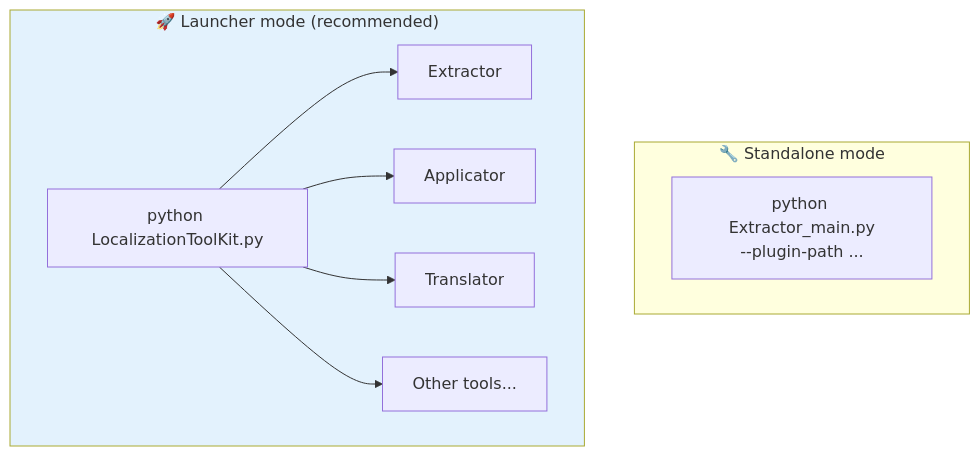
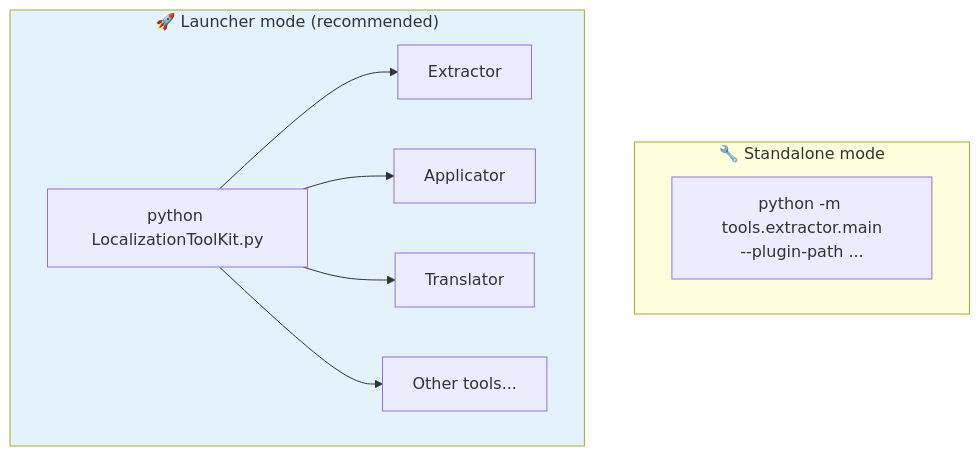
The second of 7 diagrams in tools/extractor/__doc__/en/README.md (Gotcha26/Adobe_Lightroom_Translation_Plugins_Kit), drawn with Mermaid before and after one commit. The commit also changed other lines of this file and 28 other files, not shown here.

````diff
--- a/tools/extractor/__doc__/en/README.md
+++ b/tools/extractor/__doc__/en/README.md
@@ -88,15 +88,15 @@
 ```mermaid
 flowchart TB
     subgraph Standalone["🔧 Standalone mode"]
-        S["python Extractor_main.py<br/>--plugin-path ..."]
+        S["python -m tools.extractor.main<br/>--plugin-path ..."]
     end
 
     subgraph Launcher["🚀 Launcher mode (recommended)"]
         L["python LocalizationToolKit.py"] --> E["Extractor"]
         L --> A["Applicator"]
         L --> T["Translator"]
         L --> O["Other tools..."]
     end
 
     style Launcher fill:#E3F2FD
 ```
````
